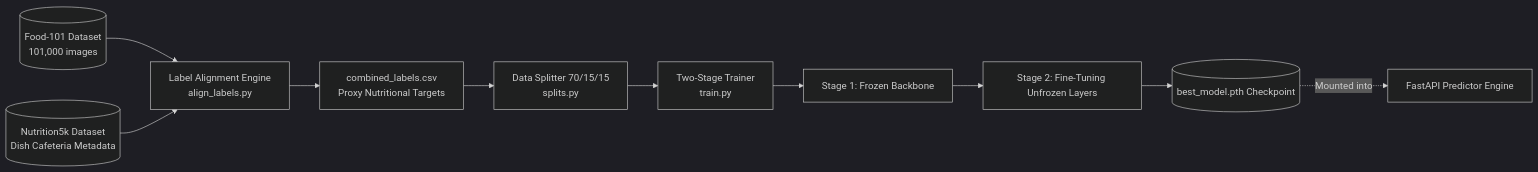
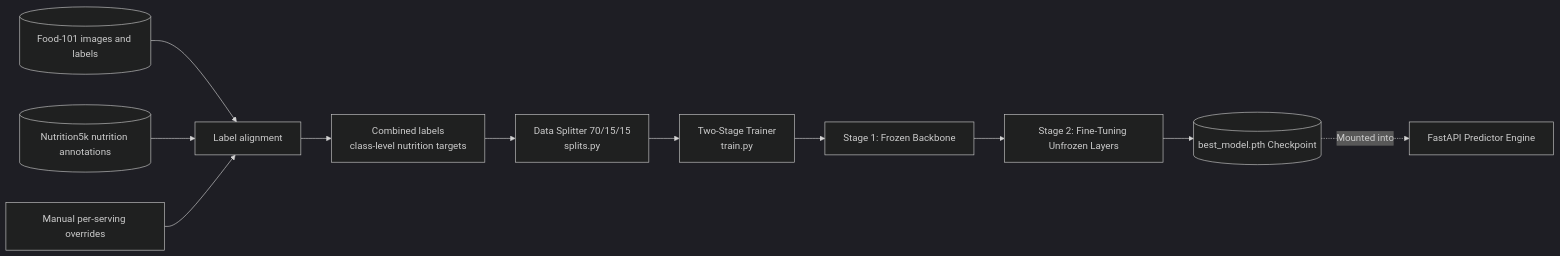
The second of 2 diagrams in PROJECT_DOCUMENTATION.md (KARANVISHWAJYOTH/Food-Image-Calorie-Estimator), drawn with Mermaid (dark theme) before and after one commit. The commit also changed other lines of this file and 4 other files, not shown here.

````diff
--- a/PROJECT_DOCUMENTATION.md
+++ b/PROJECT_DOCUMENTATION.md
@@ -164,12 +155,13 @@
 ```mermaid
 flowchart LR
-    F101[(Food-101 Dataset<br/>101,000 images)] --> Align[Label Alignment Engine<br/>align_labels.py]
-    N5k[(Nutrition5k Dataset<br/>Dish Cafeteria Metadata)] --> Align
-    Align --> Comb[combined_labels.csv<br/>Proxy Nutritional Targets]
+    F101[(Food-101 images and labels)] --> Align[Label alignment]
+    N5k[(Nutrition5k nutrition annotations)] --> Align
+    Manual[Manual per-serving overrides] --> Align
+    Align --> Comb[Combined labels<br/>class-level nutrition targets]
     Comb --> Splits[Data Splitter 70/15/15<br/>splits.py]
     Splits --> Train[Two-Stage Trainer<br/>train.py]
     Train --> Stage1[Stage 1: Frozen Backbone]
     Stage1 --> Stage2[Stage 2: Fine-Tuning Unfrozen Layers]
     Stage2 --> BestModel[(best_model.pth Checkpoint)]
     BestModel -.->|Mounted into| Backend[FastAPI Predictor Engine]
 ```
````
